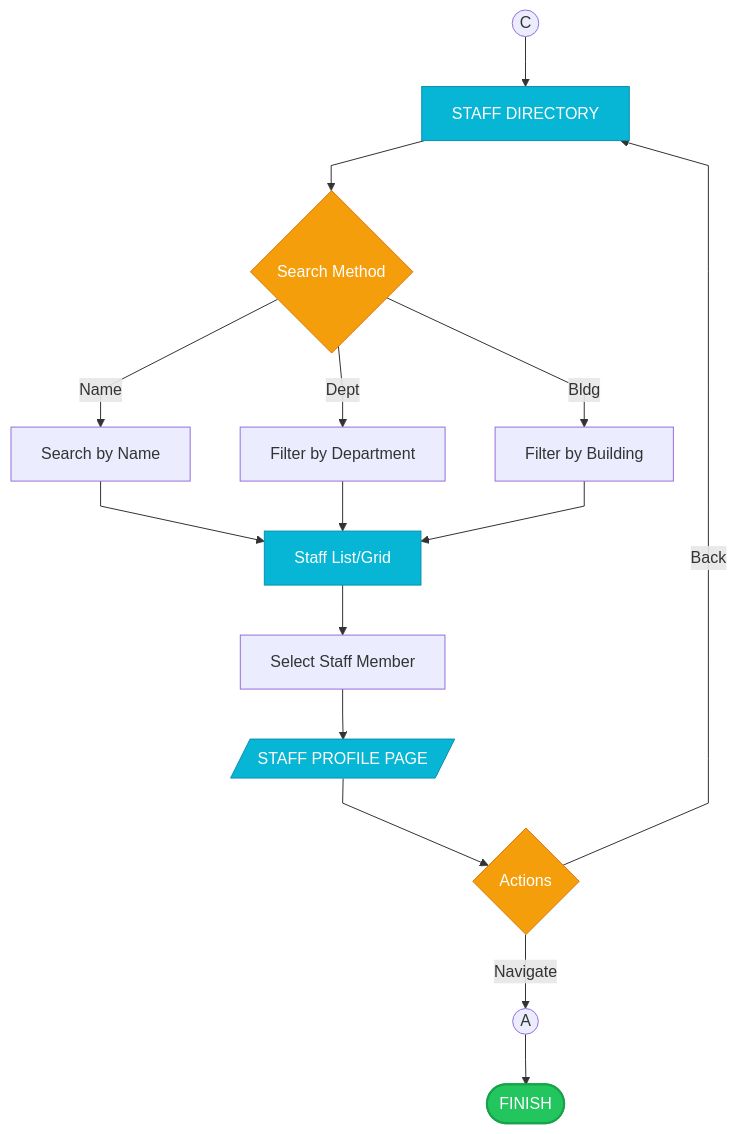
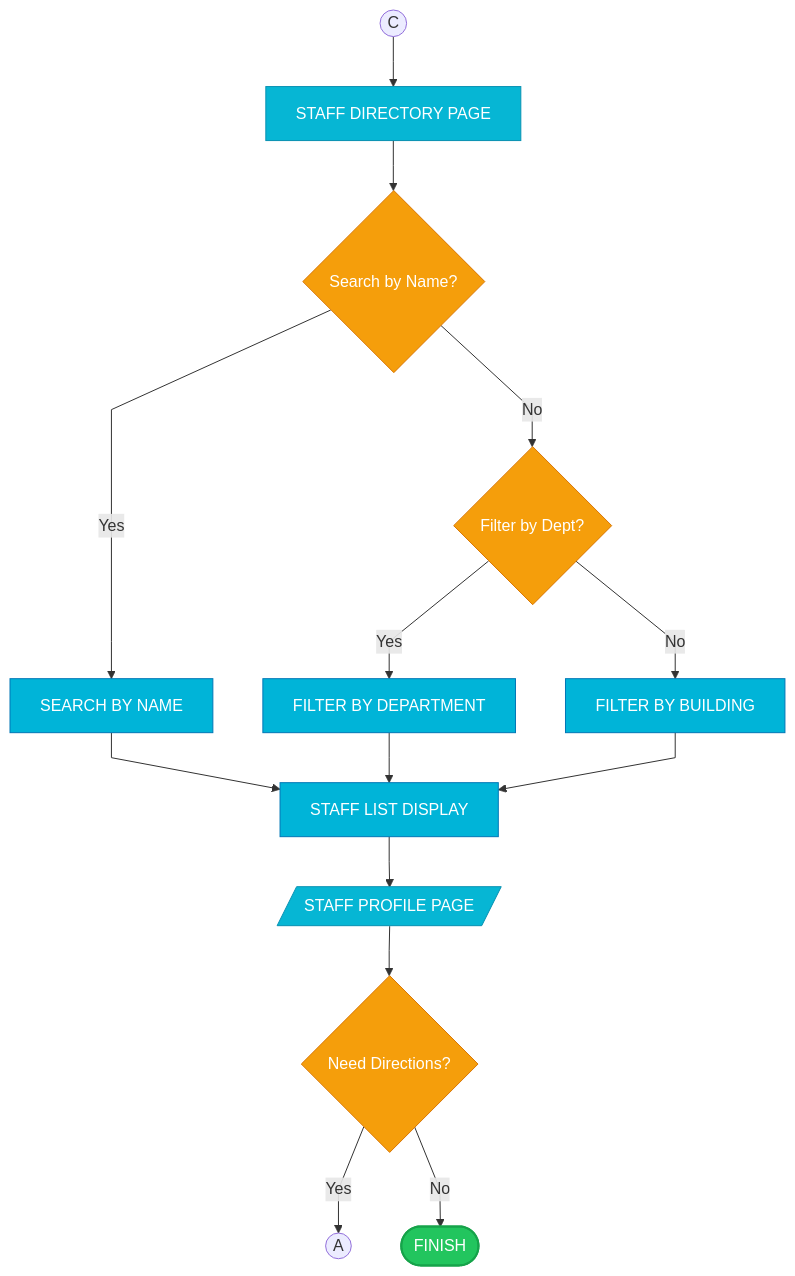
One commit to Yui1003/iCCAT changed the fourth of 6 diagrams in iCCAT-Academic-Flowcharts-Printable.md. Above: the diagram before and after it, drawn with Mermaid. The commit also changed other lines of this file and 1 other file, not shown here.

First line of the commit message:
Update flowcharts to use binary decisions and academic formatting

````diff
--- a/iCCAT-Academic-Flowcharts-Printable.md
+++ b/iCCAT-Academic-Flowcharts-Printable.md
@@ -116,31 +138,32 @@
 ```mermaid
 %%{init: {'flowchart': {'curve': 'linear', 'nodeSpacing': 50, 'rankSpacing': 50}}}%%
 flowchart TB
-    classDef startEnd fill:#22c55e,stroke:#16a34a,color:#fff,stroke-width:2px
+    classDef startEnd fill:#22c55e,stroke:#16a34a,color:#fff,stroke-width:2px,rx:20,ry:20
     classDef display fill:#06b6d4,stroke:#0891b2,color:#fff
+    classDef action fill:#00b4d8,stroke:#0077b6,color:#fff
     classDef decision fill:#f59e0b,stroke:#d97706,color:#fff
     
-    C((C)) --> STAFF[STAFF DIRECTORY]
-    STAFF --> FILT{Search Method}
+    C((C)) --> STAFF[STAFF DIRECTORY PAGE]
     
-    FILT -->|Name| SN[Search by Name]
-    FILT -->|Dept| SD[Filter by Department]
-    FILT -->|Bldg| SB[Filter by Building]
+    STAFF --> SEARCH_METHOD{Search by Name?}
+    SEARCH_METHOD -->|Yes| NAME[SEARCH BY NAME]
+    SEARCH_METHOD -->|No| DEPT_CHECK{Filter by Dept?}
     
-    SN --> LST[Staff List/Grid]
-    SD --> LST
-    SB --> LST
+    DEPT_CHECK -->|Yes| DEPT[FILTER BY DEPARTMENT]
+    DEPT_CHECK -->|No| BLDG[FILTER BY BUILDING]
     
-    LST --> SEL[Select Staff Member]
-    SEL --> PROF[/STAFF PROFILE PAGE/]
+    NAME --> LST[STAFF LIST DISPLAY]
+    DEPT --> LST
+    BLDG --> LST
     
-    PROF --> OPT{Actions}
-    OPT -->|Navigate| NAV((A))
-    OPT -->|Back| STAFF
+    LST --> PROF[/STAFF PROFILE PAGE/]
     
-    NAV --> FINISH([FINISH])
+    PROF --> NAV_CHECK{Need Directions?}
+    NAV_CHECK -->|Yes| A((A))
+    NAV_CHECK -->|No| FINISH([FINISH])
 
     class FINISH startEnd
-    class STAFF,LST,PROF display
-    class FILT,OPT decision
+    class STAFF,PROF display
+    class NAME,DEPT,BLDG,LST action
+    class SEARCH_METHOD,DEPT_CHECK,NAV_CHECK decision
 ```
````
